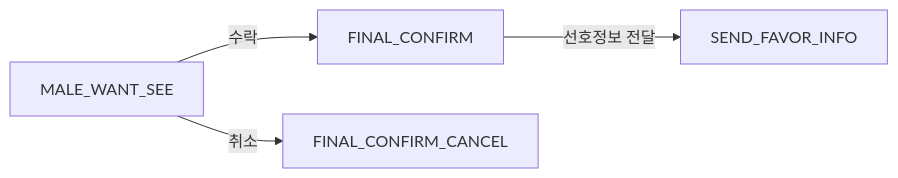
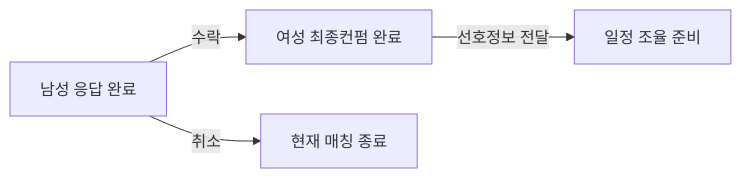
One commit to coupler-developer/docs changed the second of 2 diagrams in content/flows/cross-project/matching-flow.md. Above: the diagram before and after it, drawn with Mermaid. The commit also changed other lines of this file and 1 other file, not shown here.

````diff
--- a/content/flows/cross-project/matching-flow.md
+++ b/content/flows/cross-project/matching-flow.md
@@ -94,6 +95,6 @@
 ```mermaid
 flowchart LR
-    A[MALE_WANT_SEE] -->|수락| B[FINAL_CONFIRM]
-    A -->|취소| C[FINAL_CONFIRM_CANCEL]
-    B -->|선호정보 전달| D[SEND_FAVOR_INFO]
+    A[남성 응답 완료] -->|수락| B[여성 최종컨펌 완료]
+    A -->|취소| C[현재 매칭 종료]
+    B -->|선호정보 전달| D[일정 조율 준비]
 ```
````
